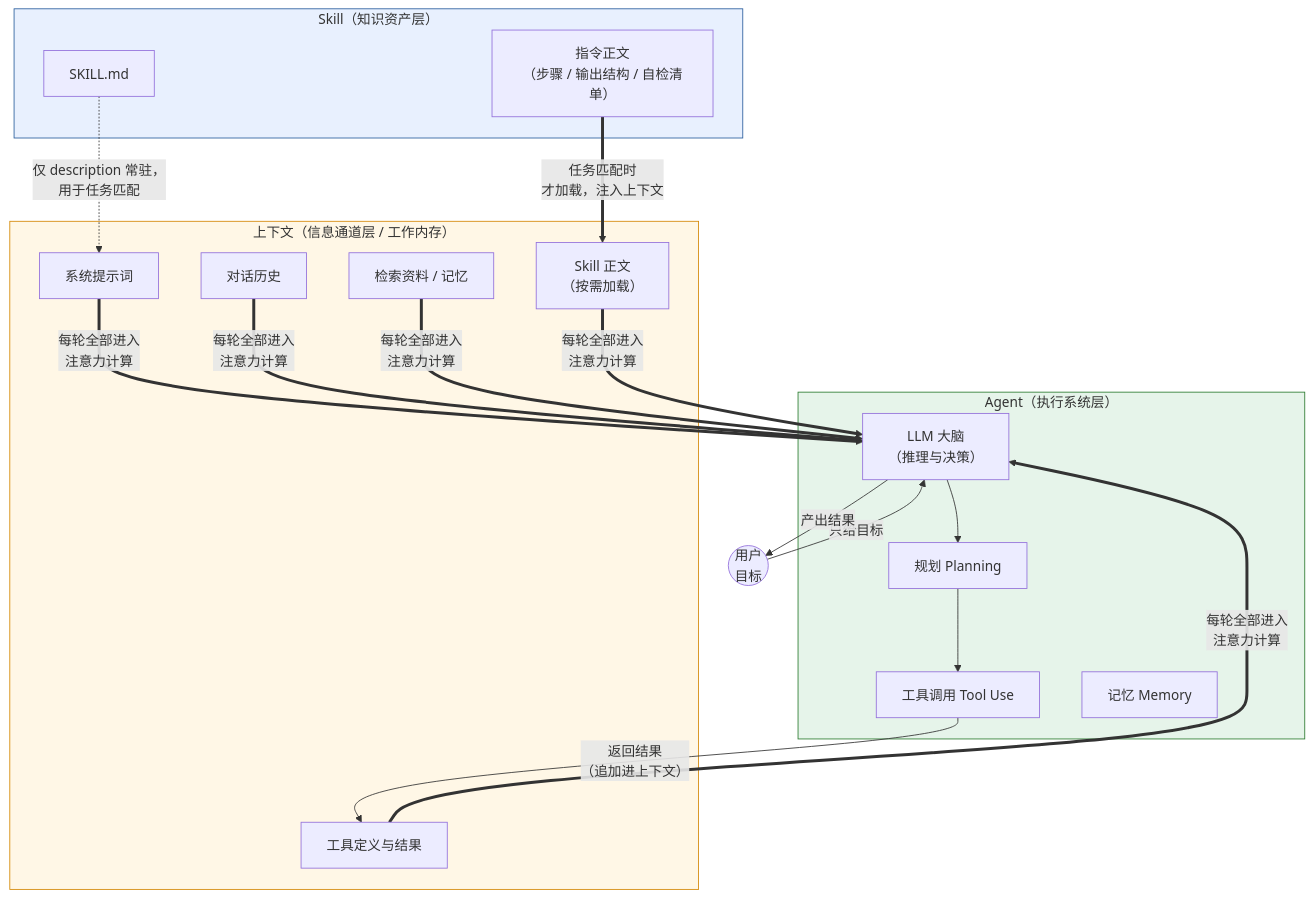
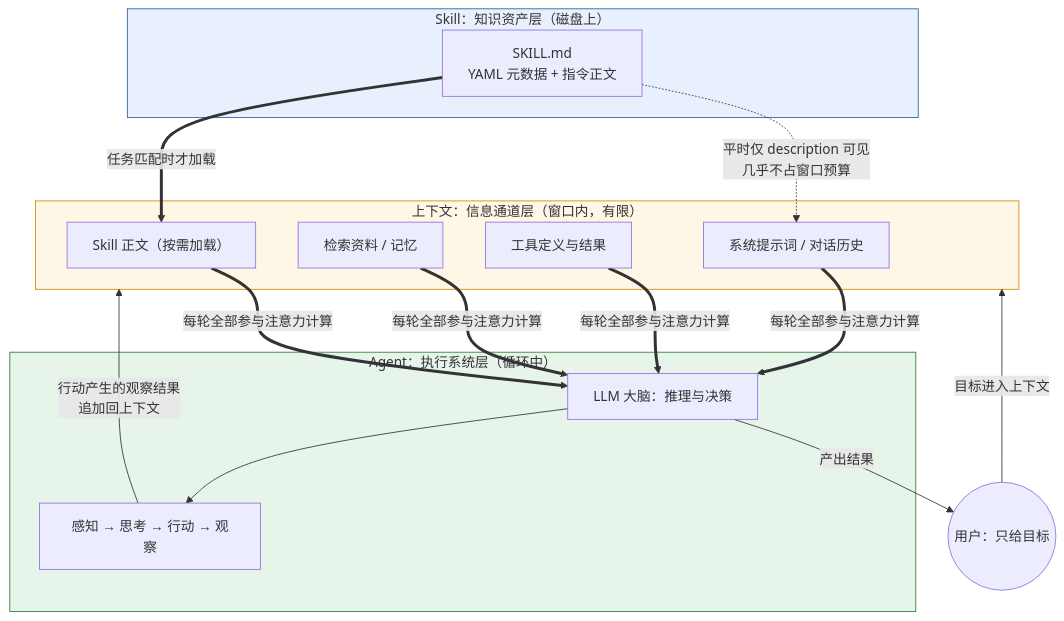
One commit to Tiam0219/bigdata-ai-course changed the first of 3 diagrams in learning-materials/concept-relationship.md. Above: the diagram before and after it, drawn with Mermaid. The commit also changed other lines of this file and 4 other files, not shown here.

First line of the commit message:
学习资料升级：一手来源复核 + 自测题 + 机制图 + 自检报告

````diff
--- a/learning-materials/concept-relationship.md
+++ b/learning-materials/concept-relationship.md
@@ -17,34 +17,25 @@
 ```mermaid
 flowchart TB
-    subgraph SK["Skill（知识资产层）"]
-        S1["SKILL.md<br/ YAML 元数据（name / description）"]
-        S2["指令正文<br/>（步骤 / 输出结构 / 自检清单）"]
+    subgraph SK["Skill：知识资产层（磁盘上）"]
+        S1["SKILL.md<br/>YAML 元数据 + 指令正文"]
     end
-
-    subgraph AG["Agent（执行系统层）"]
-        Brain["LLM 大脑<br/>（推理与决策）"]
-        Plan["规划 Planning"]
-        Tool["工具调用 Tool Use"]
-        Mem["记忆 Memory"]
+    subgraph CTX["上下文：信息通道层（窗口内，有限）"]
+        C1["系统提示词 / 对话历史"]
+        C2["工具定义与结果"]
+        C3["检索资料 / 记忆"]
+        C4["Skill 正文（按需加载）"]
     end
-
-    subgraph CTX["上下文（信息通道层 / 工作内存）"]
-        C1["系统提示词"]
-        C2["对话历史"]
-        C3["工具定义与结果"]
-        C4["检索资料 / 记忆"]
-        C5["Skill 正文<br/>（按需加载）"]
+    subgraph AG["Agent：执行系统层（循环中）"]
+        Brain["LLM 大脑：推理与决策"]
+        Loop["感知 → 思考 → 行动 → 观察"]
     end
-
-    User(("用户<br/>目标")) -->|"只给目标"| Brain
-    S1 -. "仅 description 常驻，<br/>用于任务匹配" .-> C1
-    S2 ==>|"任务匹配时<br/>才加载，注入上下文"| C5
-    C1 & C2 & C3 & C4 & C5 ==>|"每轮全部进入<br/>注意力计算"| Brain
-    Brain --> Plan --> Tool
-    Tool -->|"返回结果<br/>（追加进上下文）"| C3
+    User(("用户：只给目标")) -->|"目标进入上下文"| CTX
+    S1 -.->|"平时仅 description 可见<br/>几乎不占窗口预算"| C1
+    S1 ==>|"任务匹配时才加载"| C4
+    C1 & C2 & C3 & C4 ==>|"每轮全部参与注意力计算"| Brain
+    Brain --> Loop -->|"行动产生的观察结果<br/>追加回上下文"| CTX
     Brain -->|"产出结果"| User
-
     style CTX fill:#fff7e6,stroke:#d48806
     style AG fill:#e6f4ea,stroke:#2e7d32
     style SK fill:#e8f0fe,stroke:#2c5f9e
 ```
````
